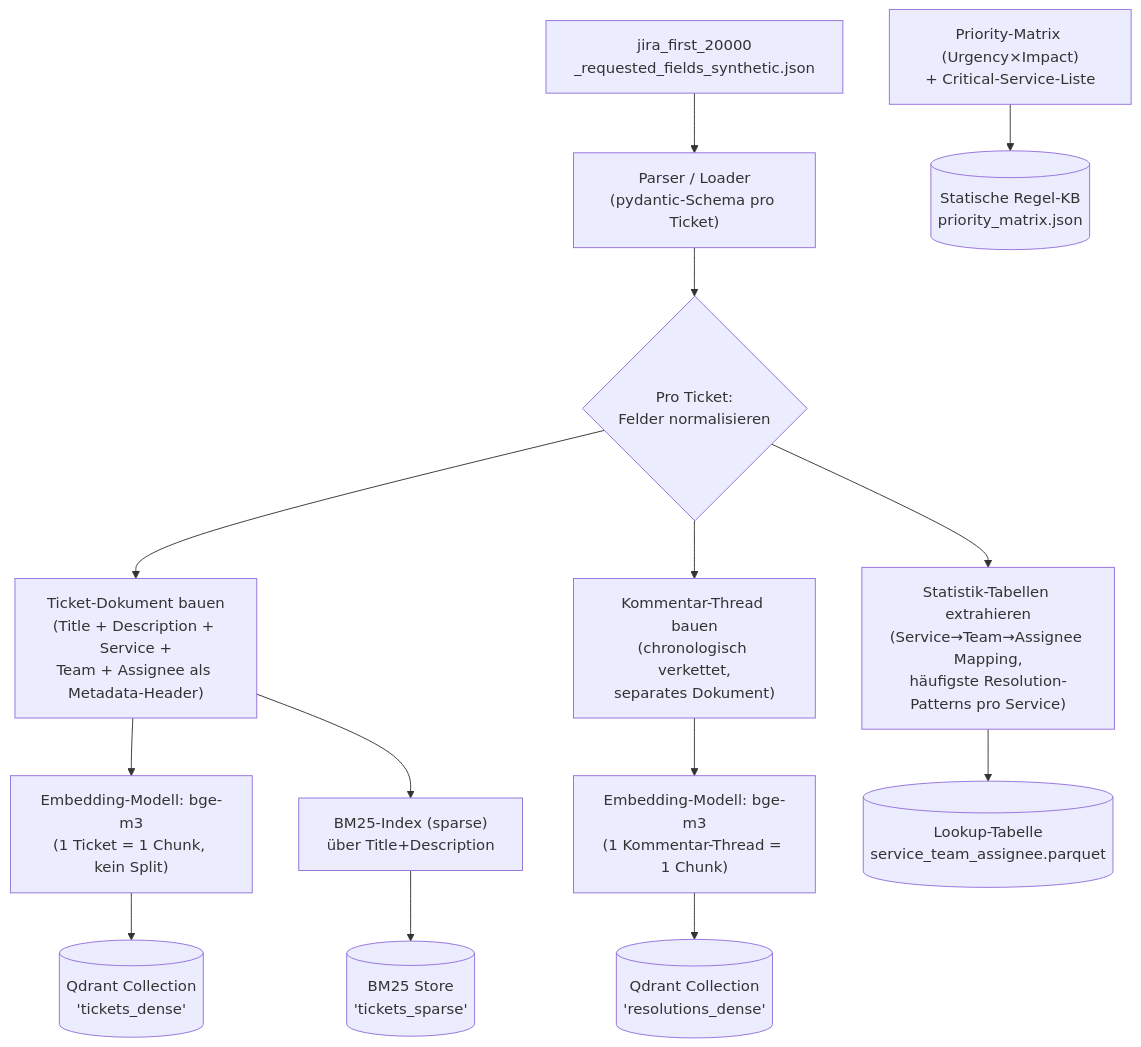
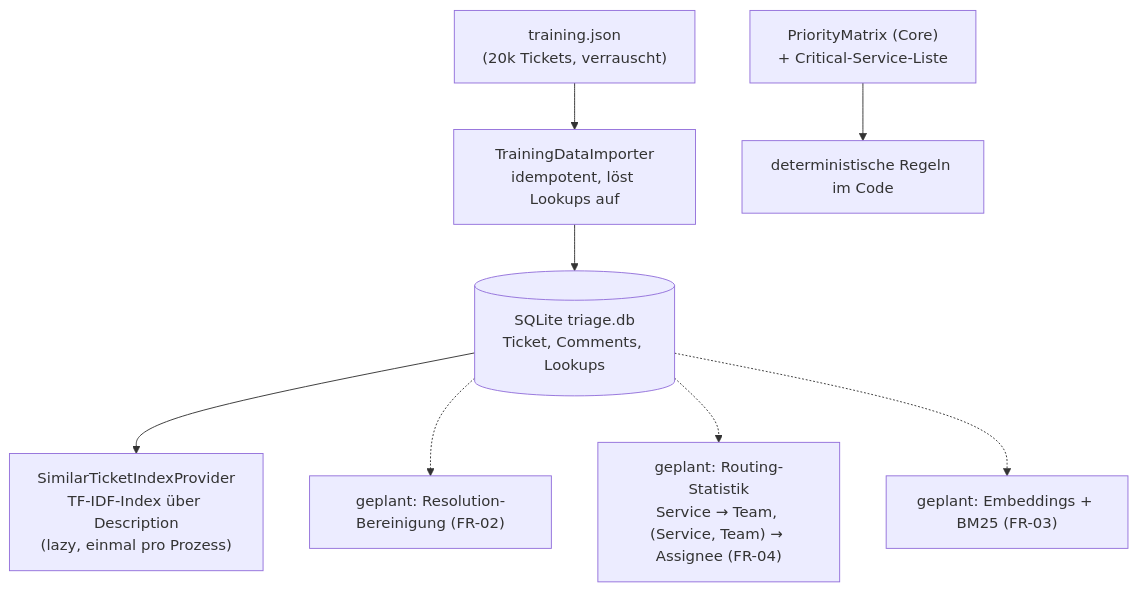
One commit to githubfawu/TriAIge changed the first of 2 diagrams in docs/ticket_triage_architektur.md. Above: the diagram before and after it, drawn with Mermaid. The commit also changed other lines of this file and 51 other files, not shown here.

````diff
--- a/docs/ticket_triage_architektur.md
+++ b/docs/ticket_triage_architektur.md
@@ -7,21 +9,10 @@
 ```mermaid
 flowchart TD
-    A["jira_first_20000\n_requested_fields_synthetic.json"] --> B["Parser / Loader\n(pydantic-Schema pro Ticket)"]
-    B --> C{"Pro Ticket:\nFelder normalisieren"}
-    C --> D["Ticket-Dokument bauen\n(Title + Description + Service +\nTeam + Assignee als Metadata-Header)"]
-    C --> E["Kommentar-Thread bauen\n(chronologisch verkettet,\nseparates Dokument)"]
-
-    D --> F["Embedding-Modell: bge-m3\n(1 Ticket = 1 Chunk, kein Split)"]
-    E --> G["Embedding-Modell: bge-m3\n(1 Kommentar-Thread = 1 Chunk)"]
-
-    F --> H[("Qdrant Collection\n'tickets_dense'")]
-    G --> I[("Qdrant Collection\n'resolutions_dense'")]
-
-    D --> J["BM25-Index (sparse)\nüber Title+Description"]
-    J --> K[("BM25 Store\n'tickets_sparse'")]
-
-    C --> L["Statistik-Tabellen extrahieren\n(Service→Team→Assignee Mapping,\nhäufigste Resolution-Patterns pro Service)"]
-    L --> M[("Lookup-Tabelle\nservice_team_assignee.parquet")]
-
-    N["Priority-Matrix (Urgency×Impact)\n+ Critical-Service-Liste"] --> O[("Statische Regel-KB\npriority_matrix.json")]
+    A["training.json<br/>(20k Tickets, verrauscht)"] --> B["TrainingDataImporter<br/>idempotent, löst Lookups auf"]
+    B --> C[("SQLite triage.db<br/>Ticket, Comments, Lookups")]
+    C --> D["SimilarTicketIndexProvider<br/>TF-IDF-Index über Description<br/>(lazy, einmal pro Prozess)"]
+    C -.-> E["geplant: Resolution-Bereinigung (FR-02)"]
+    C -.-> F["geplant: Routing-Statistik<br/>Service → Team, (Service, Team) → Assignee (FR-04)"]
+    C -.-> G["geplant: Embeddings + BM25 (FR-03)"]
+    H["PriorityMatrix (Core)<br/>+ Critical-Service-Liste"] --> I["deterministische Regeln im Code"]
 ```
````
